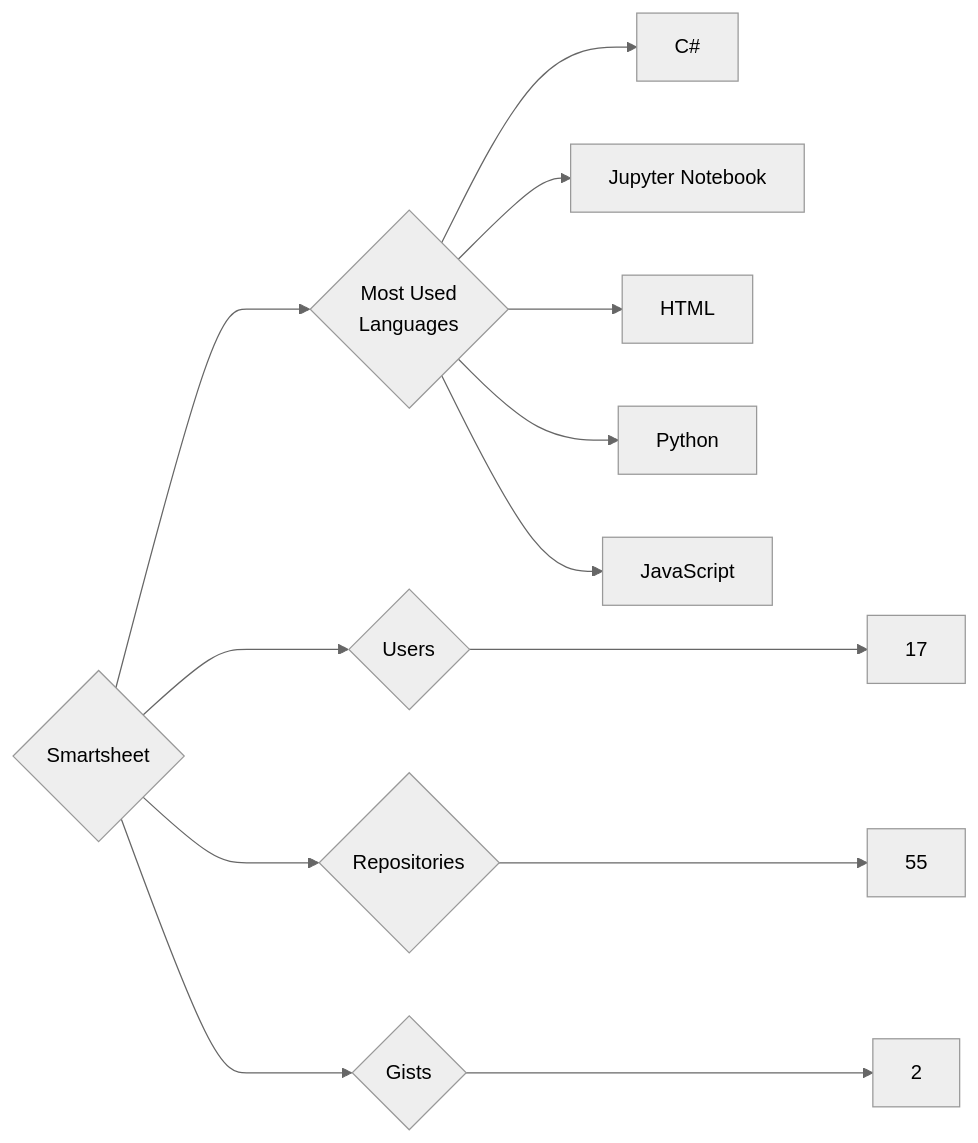
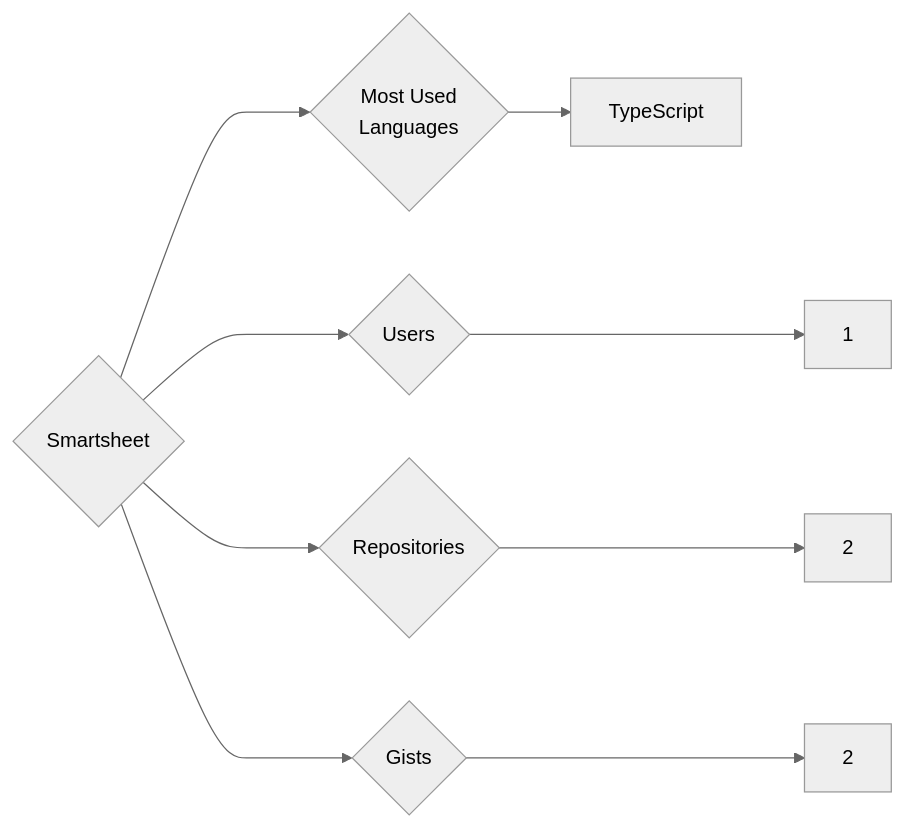
One commit to trickest/insiders changed the diagram in targets/Smartsheet/README.md. Above: the diagram before and after it, drawn with Mermaid (neutral theme). The commit also changed 787 other files, not shown here.

````diff
--- a/targets/Smartsheet/README.md
+++ b/targets/Smartsheet/README.md
@@ -3,13 +3,9 @@
 ```mermaid
 graph LR
 COMPANY_NAME{Smartsheet}
-COMPANY_NAME ---> U{Users} ---> UN[17]
-COMPANY_NAME ---> R{Repositories} ---> RN[55]
+COMPANY_NAME ---> U{Users} ---> UN[1]
+COMPANY_NAME ---> R{Repositories} ---> RN[2]
 COMPANY_NAME ---> G{Gists} ---> GN[2]
 COMPANY_NAME ---> ML{Most Used<br>Languages}
-ML --> C#[C#]
-ML --> Jupyter_Notebook[Jupyter Notebook]
-ML --> HTML[HTML]
-ML --> Python[Python]
-ML --> JavaScript[JavaScript]
+ML --> TypeScript[TypeScript]
 ```
````
